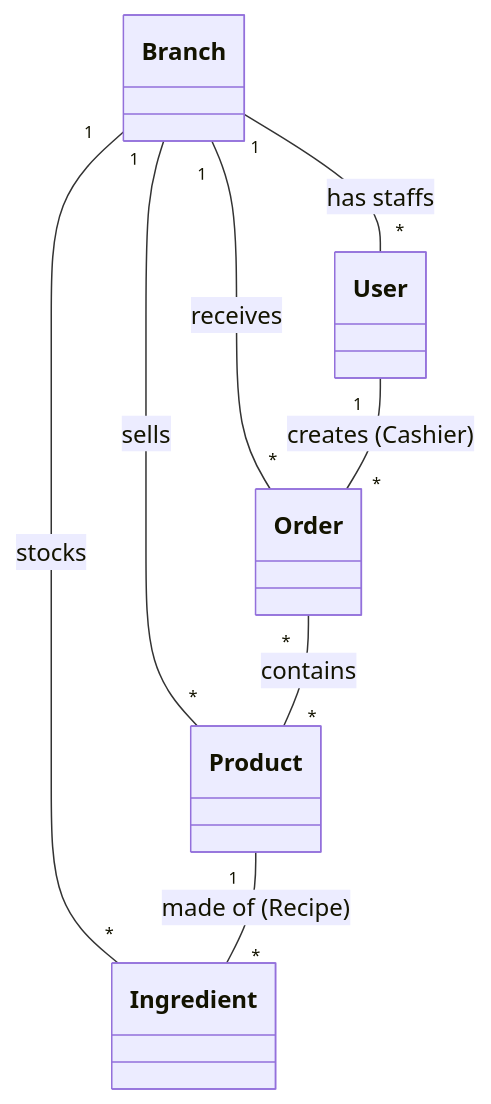
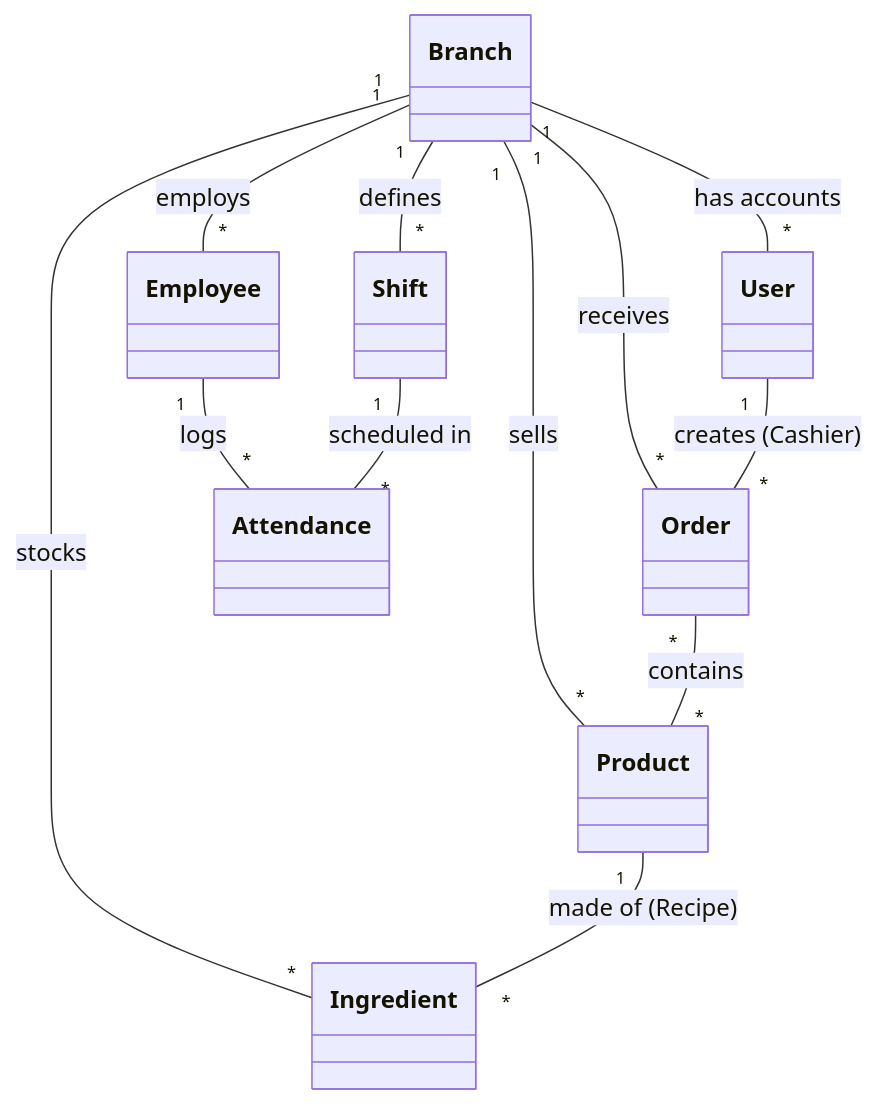
Before and after one commit to pnwang1704/KLTN_N70: the first of 5 diagrams in docs/CLASS_DIAGRAMS.md, drawn with Mermaid. The commit also changed other lines of this file and 5 other files, not shown here.

First line of the commit message:
docs: synchronize README and technical documentation with employee & biometric attendance module

````diff
--- a/docs/CLASS_DIAGRAMS.md
+++ b/docs/CLASS_DIAGRAMS.md
@@ -11,21 +11,28 @@
 ```mermaid
 classDiagram
     direction TB
     
     %% Core Entities
     class User
     class Branch
     class Product
     class Order
     class Ingredient
+    class Employee
+    class Shift
+    class Attendance
     
     %% Relationships
-    Branch "1" -- "*" User : has staffs
+    Branch "1" -- "*" User : has accounts
+    Branch "1" -- "*" Employee : employs
+    Branch "1" -- "*" Shift : defines
     Branch "1" -- "*" Order : receives
     Branch "1" -- "*" Product : sells
     Branch "1" -- "*" Ingredient : stocks
     
     Order "*" -- "*" Product : contains
     Product "1" -- "*" Ingredient : made of (Recipe)
     User "1" -- "*" Order : creates (Cashier)
+    Employee "1" -- "*" Attendance : logs
+    Shift "1" -- "*" Attendance : scheduled in
 ```
````
